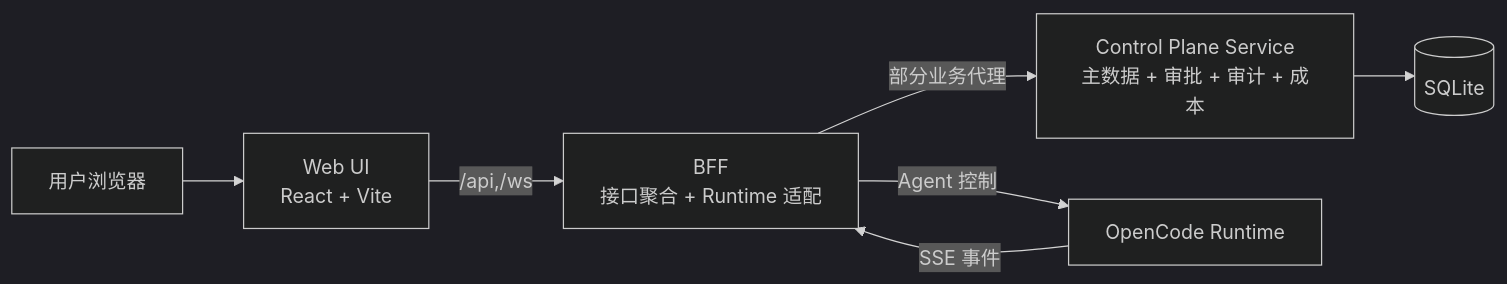
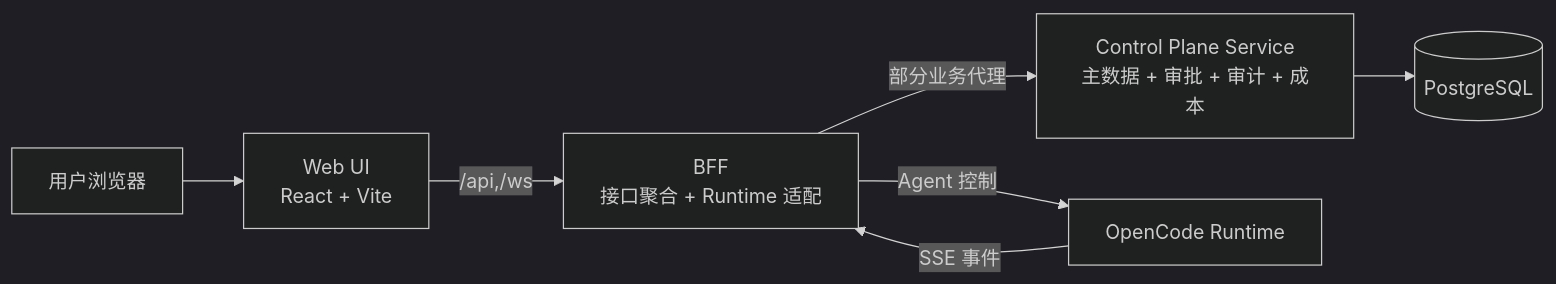
The first of 3 diagrams in docs/architecture-target-evolution.md (openerserver/openerx), drawn with Mermaid (dark theme) before and after one commit. The commit also changed other lines of this file and 33 other files, not shown here.

````diff
--- a/docs/architecture-target-evolution.md
+++ b/docs/architecture-target-evolution.md
@@ -32,16 +32,16 @@
 ```mermaid
 flowchart LR
     U[用户浏览器]
     UI[Web UI\nReact + Vite]
     BFF[BFF\n接口聚合 + Runtime 适配]
     CP[Control Plane Service\n主数据 + 审批 + 审计 + 成本]
-    DB[(SQLite)]
+    DB[(PostgreSQL)]
     OCR[OpenCode Runtime]
 
     U --> UI
     UI -->|/api,/ws| BFF
     BFF -->|部分业务代理| CP
     BFF -->|Agent 控制| OCR
     CP --> DB
     OCR -->|SSE 事件| BFF
 ```
````
